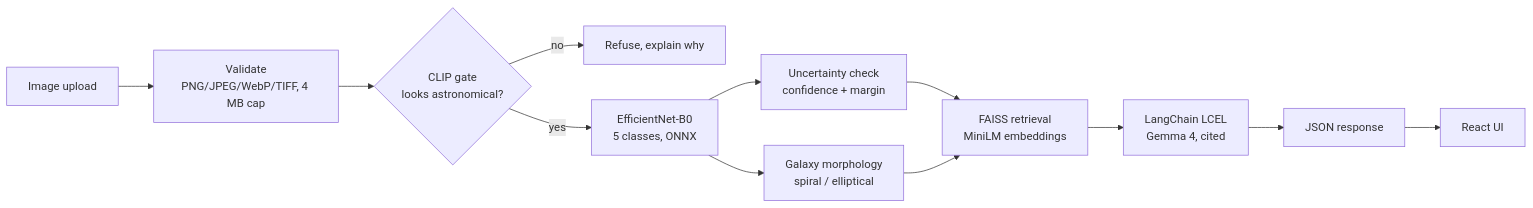
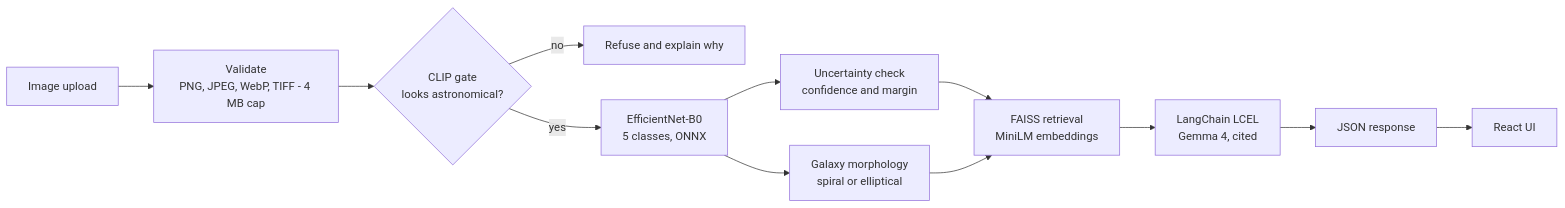
The diagram in README.md (amreenhassan13/Astronomical-Image-Detection-Object-Classification-and-Knowledge-Retrieval), drawn with Mermaid before and after one commit. The commit also changed other lines of this file, not shown here.

Commit message:
Fix architecture diagram and update README symbols

````diff
--- a/README.md
+++ b/README.md
@@ -87,13 +89,14 @@
 ```mermaid
 flowchart LR
-    U[Image upload] --> V[Validate<br/>PNG/JPEG/WebP/TIFF, 4 MB cap]
-    V --> G{CLIP gate<br/>looks astronomical?}
-    G -- no --> X[Refuse, explain why]
-    G -- yes --> C[EfficientNet-B0<br/>5 classes, ONNX]
-    C --> M[Galaxy morphology<br/>spiral / elliptical]
-    C --> Q[Uncertainty check<br/>confidence + margin]
-    Q --> R[FAISS retrieval<br/>MiniLM embeddings]
+    U["Image upload"] --> V["Validate<br/>PNG, JPEG, WebP, TIFF - 4 MB cap"]
+    V --> G{"CLIP gate<br/>looks astronomical?"}
+    G -- no --> X["Refuse and explain why"]
+    G -- yes --> C["EfficientNet-B0<br/>5 classes, ONNX"]
+    C --> M["Galaxy morphology<br/>spiral or elliptical"]
+    C --> Q["Uncertainty check<br/>confidence and margin"]
+    Q --> R["FAISS retrieval<br/>MiniLM embeddings"]
     M --> R
-    R --> L[LangChain LCEL<br/>Gemma 4, cited]
-    L --> J[JSON response] --> UI[React UI]
+    R --> L["LangChain LCEL<br/>Gemma 4, cited"]
+    L --> J["JSON response"]
+    J --> UI["React UI"]
 ```
````
